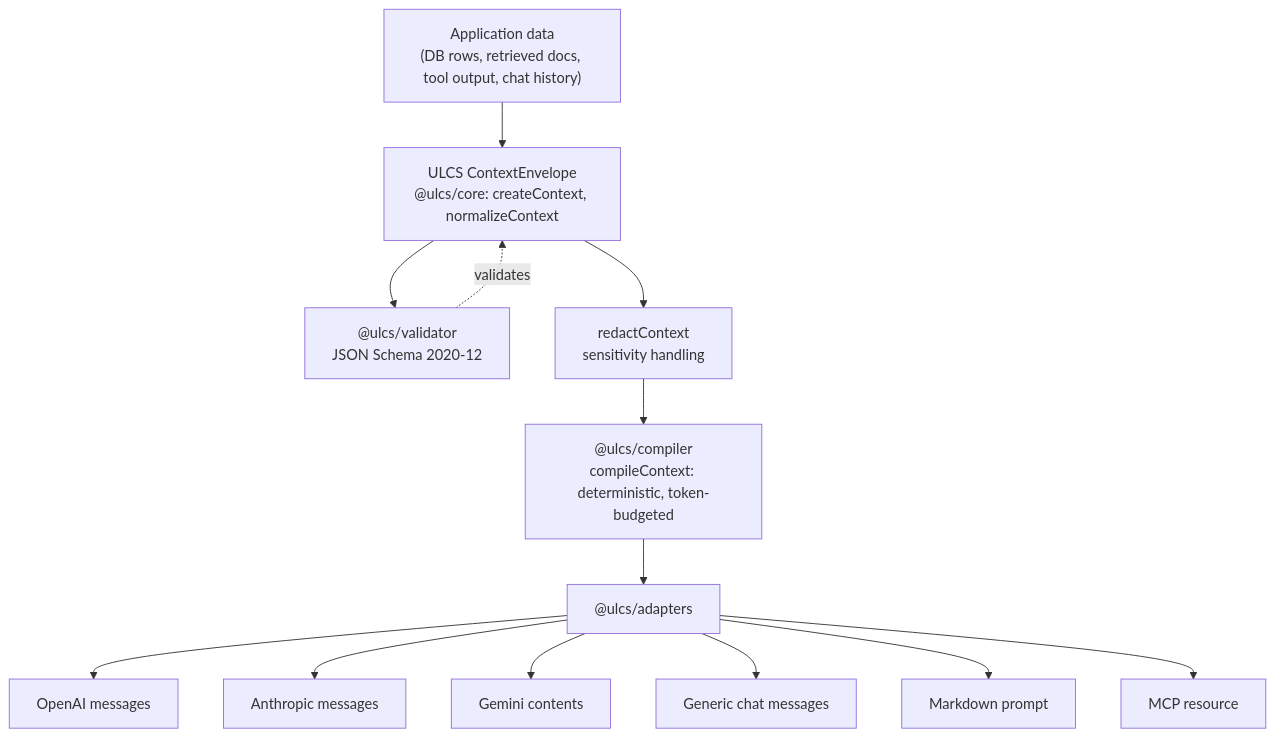
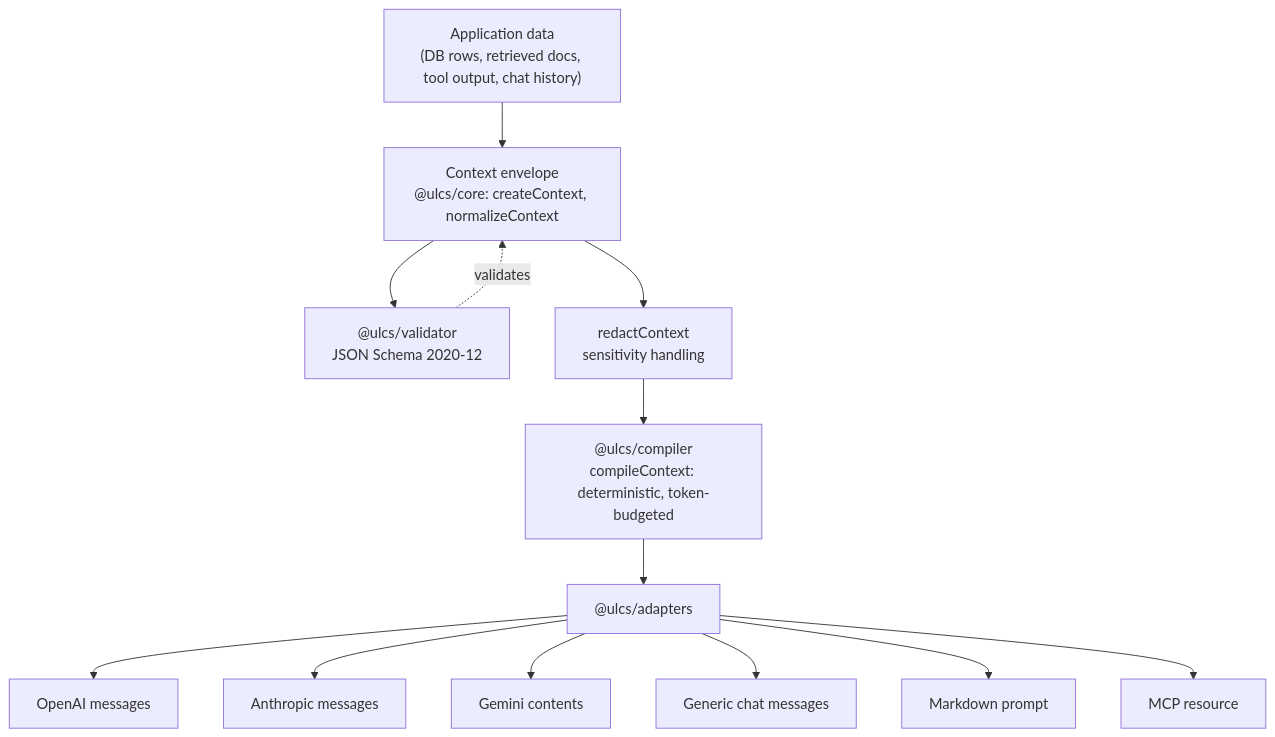
The diagram in README.md (nitish908/nitish908), drawn with Mermaid before and after one commit. The commit also changed other lines of this file and 42 other files, not shown here.

````diff
--- a/README.md
+++ b/README.md
@@ -163,15 +205,15 @@
 ```mermaid
 flowchart TD
-    A["Application data<br/>(DB rows, retrieved docs, tool output, chat history)"] --> B["ULCS ContextEnvelope<br/>@ulcs/core: createContext, normalizeContext"]
+    A["Application data<br/>(DB rows, retrieved docs, tool output, chat history)"] --> B["Context envelope<br/>@ulcs/core: createContext, normalizeContext"]
     B --> C["@ulcs/validator<br/>JSON Schema 2020-12"]
     B --> D["redactContext<br/>sensitivity handling"]
     D --> E["@ulcs/compiler<br/>compileContext: deterministic, token-budgeted"]
     C -.validates.-> B
     E --> F["@ulcs/adapters"]
     F --> G1["OpenAI messages"]
     F --> G2["Anthropic messages"]
     F --> G3["Gemini contents"]
     F --> G4["Generic chat messages"]
     F --> G5["Markdown prompt"]
     F --> G6["MCP resource"]
 ```
````
